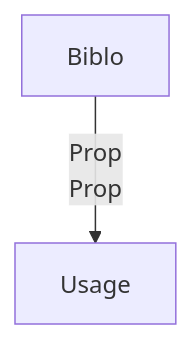
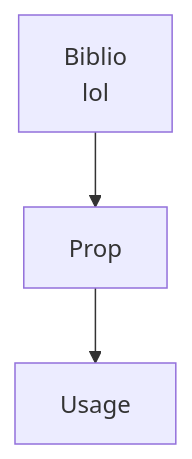
Before and after one commit to Prog-up/Cours-Info: the first of 2 diagrams in Chap_9.md, drawn with Mermaid. The commit also changed other lines of this file, not shown here.

````diff
--- a/Chap_9.md
+++ b/Chap_9.md
@@ -267,5 +267,5 @@
 ```mermaid
-graph
-  Biblo--Prop
-  Prop-->Usage
+graph TD;
+    Biblio\nlol-->Prop;
+    Prop-->Usage;
 ```
````
